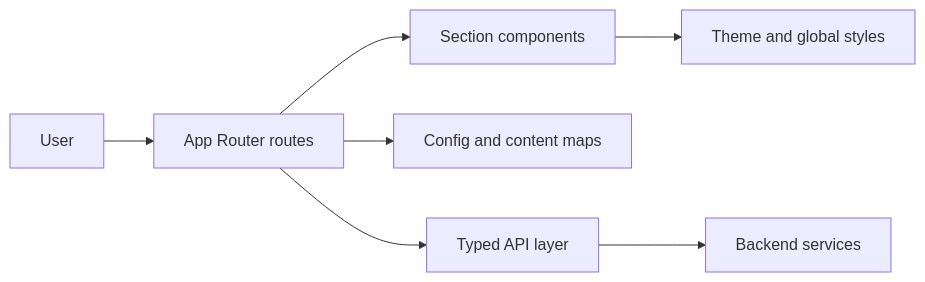
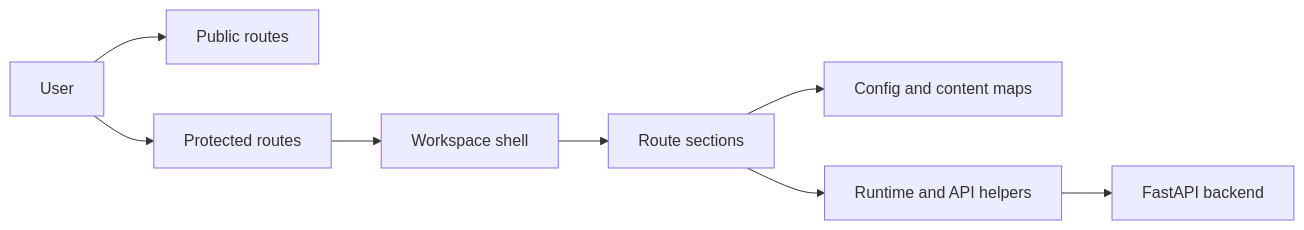
One commit to eqan/AI-Driven-Project-Template changed the first of 8 diagrams in frontend/ARCHITECTURE.md. Above: the diagram before and after it, drawn with Mermaid. The commit also changed other lines of this file and 37 other files, not shown here.

Commit message:
main: refined the template and esepcially refined the agentic flow prompt

````diff
--- a/frontend/ARCHITECTURE.md
+++ b/frontend/ARCHITECTURE.md
@@ -7,17 +7,19 @@
 ```mermaid
 flowchart LR
     User[User]
-    Routes[App Router routes]
-    Sections[Section components]
+    PublicRoutes[Public routes]
+    ProtectedRoutes[Protected routes]
+    Shell[Workspace shell]
+    Sections[Route sections]
     Config[Config and content maps]
-    Theme[Theme and global styles]
-    API[Typed API layer]
-    Backend[Backend services]
+    Runtime[Runtime and API helpers]
+    Backend[FastAPI backend]
 
-    User --> Routes
-    Routes --> Sections
-    Routes --> Config
-    Routes --> API
-    Sections --> Theme
-    API --> Backend
+    User --> PublicRoutes
+    User --> ProtectedRoutes
+    ProtectedRoutes --> Shell
+    Shell --> Sections
+    Sections --> Config
+    Sections --> Runtime
+    Runtime --> Backend
 ```
````
